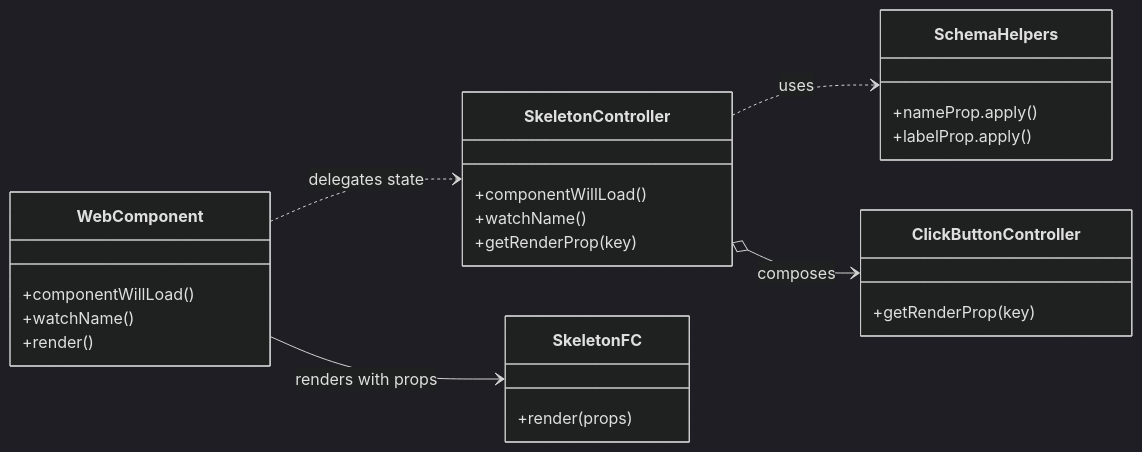
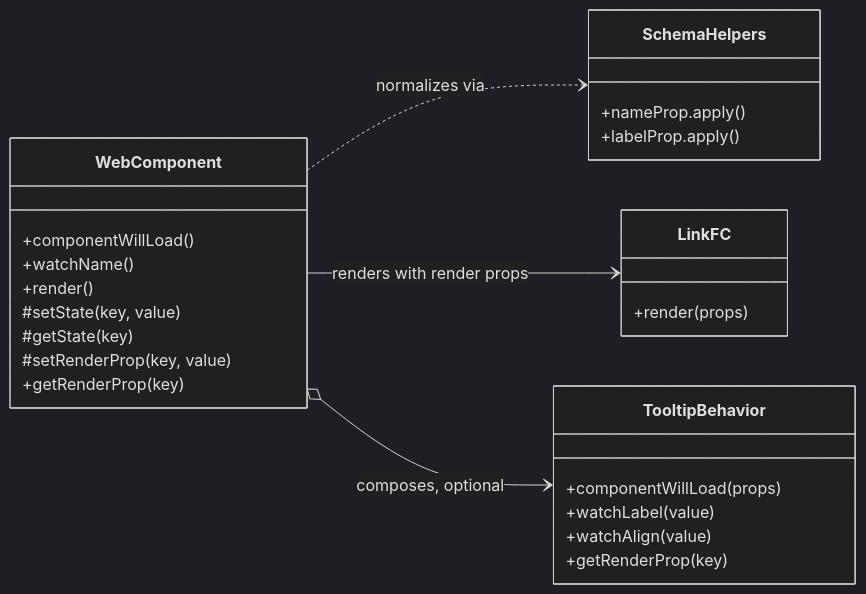
Before and after one commit to public-ui/kolibri: the second of 3 diagrams in packages/components/src/components/_skeleton/ARC42.md, drawn with Mermaid (dark theme). The commit also changed other lines of this file and 76 other files, not shown here.

Commit message:
refactor(kol-skeleton): Refactor to WC+FC+Props architecture - Adopt schema with WC as orchestrator + optional Behaviors/FC - Move prop normalization to WC layer - Refactor controller logic to functional component - Update test coverage for new architecture

````diff
--- a/packages/components/src/components/_skeleton/ARC42.md
+++ b/packages/components/src/components/_skeleton/ARC42.md
@@ -588,28 +467,29 @@
 ```mermaid
 classDiagram
     direction LR
     class WebComponent {
         +componentWillLoad()
         +watchName()
         +render()
-    }
-    class SkeletonController {
-        +componentWillLoad()
-        +watchName()
+        #setState(key, value)
+        #getState(key)
+        #setRenderProp(key, value)
         +getRenderProp(key)
     }
-    class SkeletonFC {
+    class TooltipBehavior {
+        +componentWillLoad(props)
+        +watchLabel(value)
+        +watchAlign(value)
+        +getRenderProp(key)
+    }
+    class LinkFC {
         +render(props)
     }
     class SchemaHelpers {
         +nameProp.apply()
         +labelProp.apply()
     }
-    class ClickButtonController {
-        +getRenderProp(key)
-    }
-    WebComponent ..> SkeletonController : delegates state
-    WebComponent --> SkeletonFC : renders with props
-    SkeletonController ..> SchemaHelpers : uses
-    SkeletonController o--> ClickButtonController : composes
+    WebComponent ..> SchemaHelpers : normalizes via
+    WebComponent --> LinkFC : renders with render props
+    WebComponent o--> TooltipBehavior : composes, optional
 ```
````
